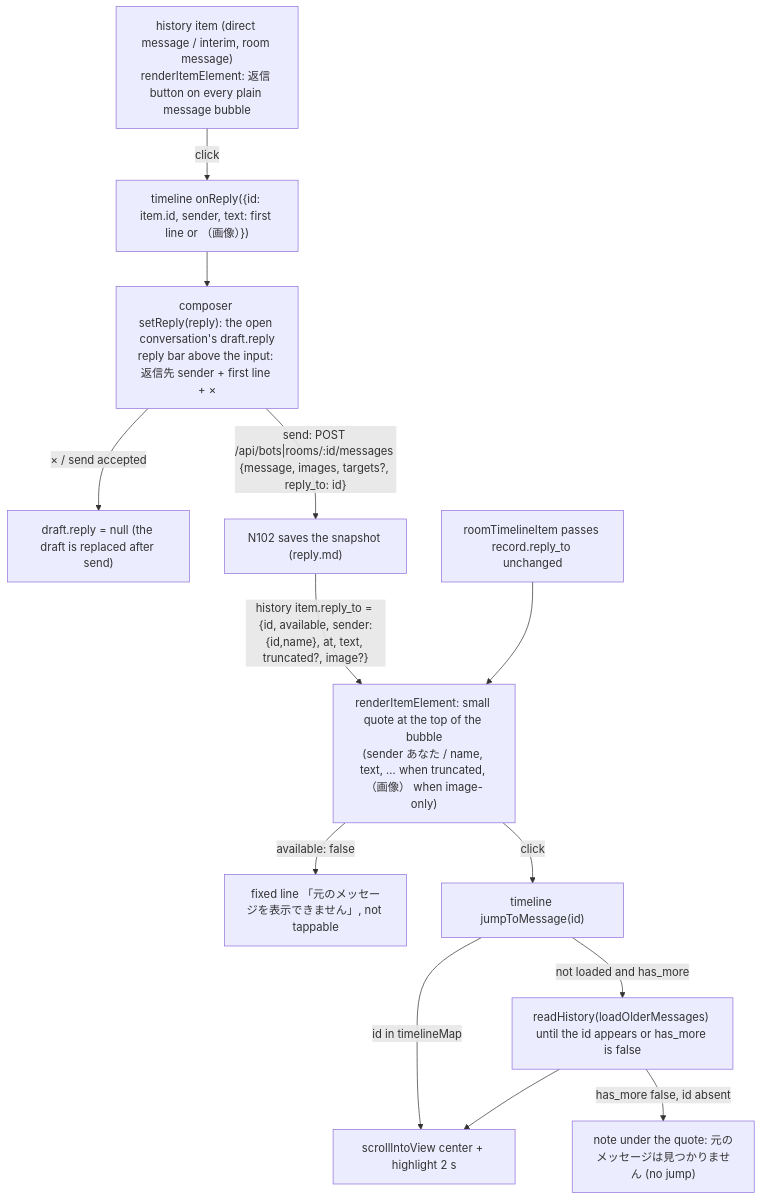
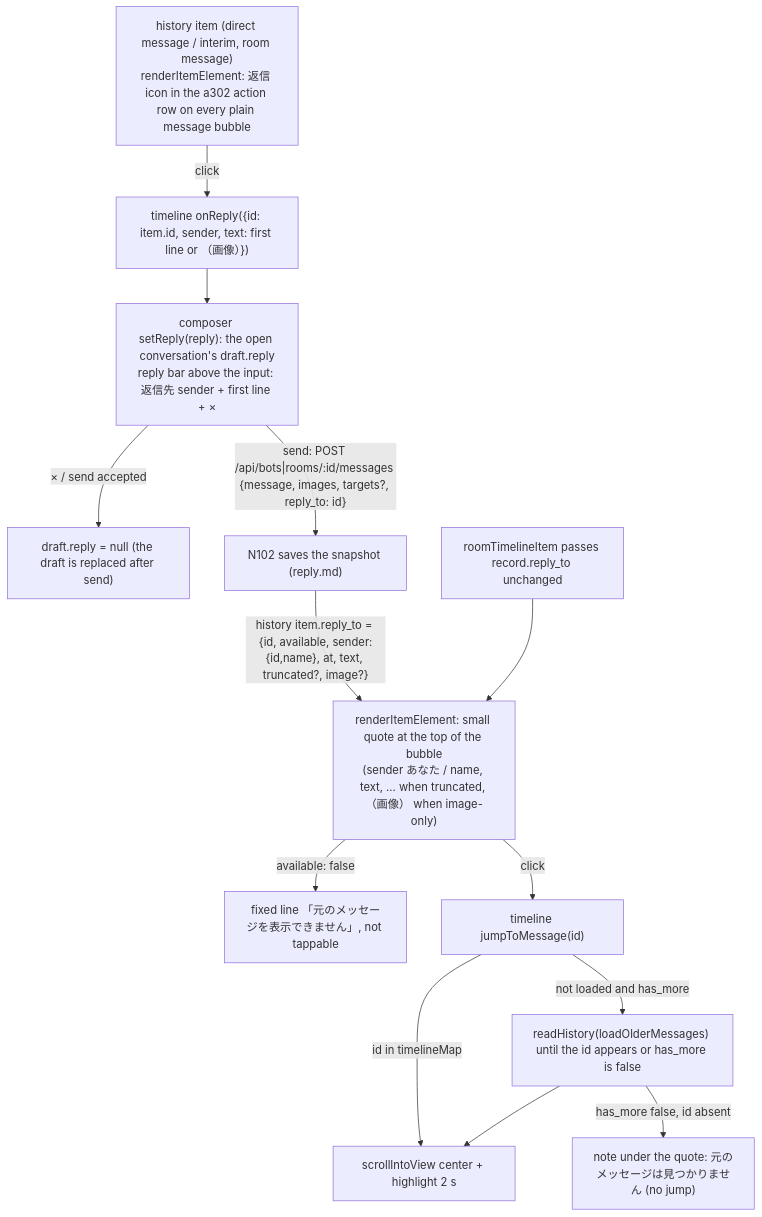
One commit to kitepon/BellTeam changed diagram 11 of 15 in docs/architecture/modules/web/conversation.md. Above: the diagram before and after it, drawn with Mermaid. The commit also changed other lines of this file and 3 other files, not shown here.

First line of the commit message:
Web: reply, forward and copy icons under every message bubble (a302)

````diff
--- a/docs/architecture/modules/web/conversation.md
+++ b/docs/architecture/modules/web/conversation.md
@@ -261,14 +261,14 @@
 ```mermaid
 flowchart TD
-  Item["history item (direct message / interim, room message)<br/>renderItemElement: 返信 button on every plain message bubble"] -->|"click"| Pick["timeline onReply({id: item.id, sender, text: first line or （画像）})"]
+  Item["history item (direct message / interim, room message)<br/>renderItemElement: 返信 icon in the a302 action row on every plain message bubble"] -->|"click"| Pick["timeline onReply({id: item.id, sender, text: first line or （画像）})"]
   Pick --> Draft["composer setReply(reply): the open conversation's draft.reply<br/>reply bar above the input: 返信先 sender + first line + ×"]
   Draft -->|"× / send accepted"| Clear["draft.reply = null (the draft is replaced after send)"]
   Draft -->|"send: POST /api/bots|rooms/:id/messages {message, images, targets?, reply_to: id}"| Server["N102 saves the snapshot (reply.md)"]
   Server -->|"history item.reply_to = {id, available, sender:{id,name}, at, text, truncated?, image?}"| Quote["renderItemElement: small quote at the top of the bubble<br/>(sender あなた / name, text, … when truncated, （画像） when image-only)"]
   Quote -->|"available: false"| Gone["fixed line 「元のメッセージを表示できません」, not tappable"]
   Quote -->|"click"| Jump["timeline jumpToMessage(id)"]
   Jump -->|"id in timelineMap"| Show["scrollIntoView center + highlight 2 s"]
   Jump -->|"not loaded and has_more"| Older["readHistory(loadOlderMessages) until the id appears or has_more is false"] --> Show
   Older -->|"has_more false, id absent"| Missing["note under the quote: 元のメッセージは見つかりません (no jump)"]
   Room["roomTimelineItem passes record.reply_to unchanged"] --> Quote
 ```
````
